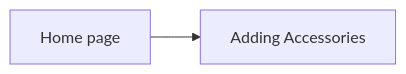
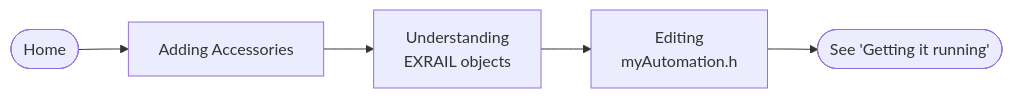
Before and after one commit to DCC-EX/mkdocs-test: the seventh of 10 diagrams in docs/contributing/user-journeys.md, drawn with Mermaid. The commit also changed other lines of this file and 8 other files, not shown here.

````diff
--- a/docs/contributing/user-journeys.md
+++ b/docs/contributing/user-journeys.md
@@ -45,4 +97,7 @@
 ```mermaid
 graph LR
-    A[Home page] --> B[Adding Accessories];
+    A([Home]) --> B[Adding Accessories];
+    B --> C[Understanding <br/>EXRAIL objects];
+    C --> D[Editing <br/>myAutomation.h]
+    D --> E([See 'Getting it running'])
 ```
````
